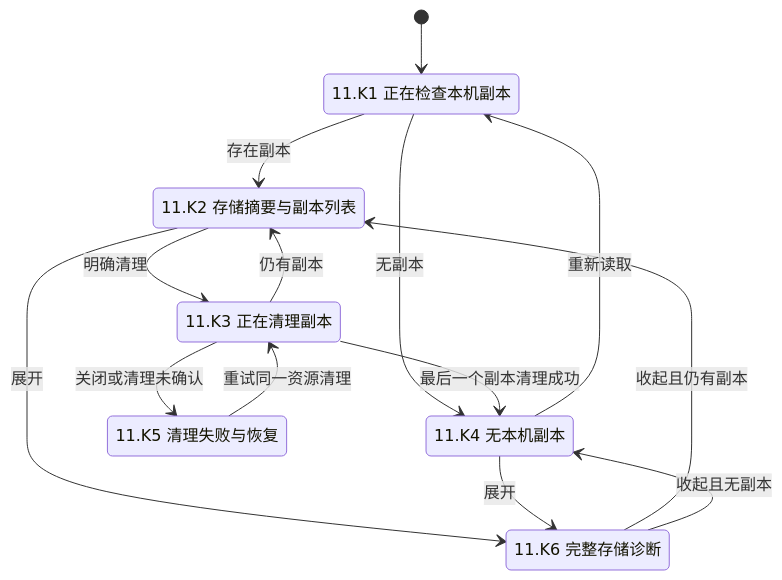
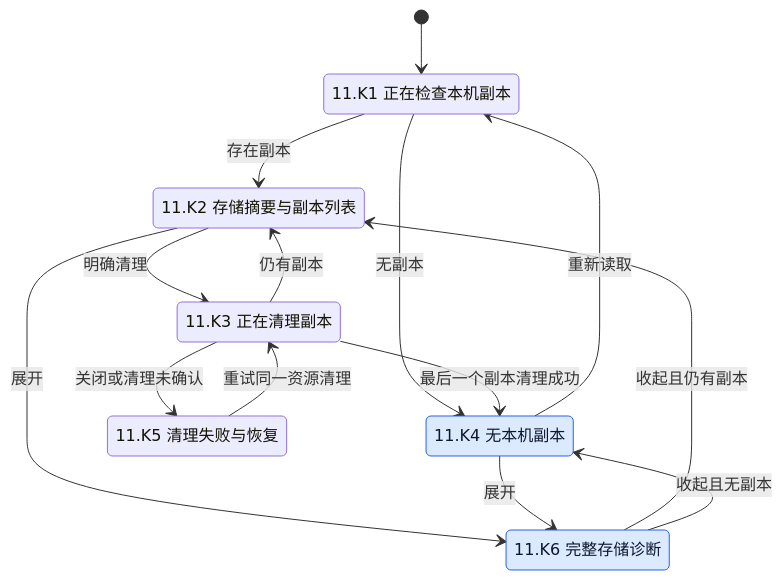
One commit to Wybxc/karuyomi changed diagram 11 of 14 in docs/verification/mihon-state-coverage.md. Above: the diagram before and after it, drawn with Mermaid. The commit also changed other lines of this file and 8 other files, not shown here.

````diff
--- a/docs/verification/mihon-state-coverage.md
+++ b/docs/verification/mihon-state-coverage.md
@@ -1014,22 +1018,24 @@
 ```mermaid
 stateDiagram-v2
     [*] --> ReadingCache
     state "11.K1 正在检查本机副本" as ReadingCache
     state "11.K2 存储摘要与副本列表" as CachedCopies
     state "11.K3 正在清理副本" as CleaningCopy
     state "11.K4 无本机副本" as NoCopies
     state "11.K5 清理失败与恢复" as CleaningFailed
     state "11.K6 完整存储诊断" as CacheDiagnostics
     ReadingCache --> CachedCopies: 存在副本
     ReadingCache --> NoCopies: 无副本
     CachedCopies --> CleaningCopy: 明确清理
     CleaningCopy --> NoCopies: 最后一个副本清理成功
     CleaningCopy --> CachedCopies: 仍有副本
     CleaningCopy --> CleaningFailed: 关闭或清理未确认
     CleaningFailed --> CleaningCopy: 重试同一资源清理
     CachedCopies --> CacheDiagnostics: 展开
     NoCopies --> CacheDiagnostics: 展开
     CacheDiagnostics --> CachedCopies: 收起且仍有副本
     CacheDiagnostics --> NoCopies: 收起且无副本
     NoCopies --> ReadingCache: 重新读取
+    classDef paired fill:#dbeafe,stroke:#2563eb,color:#0f172a
+    class NoCopies,CacheDiagnostics paired
 ```
````
